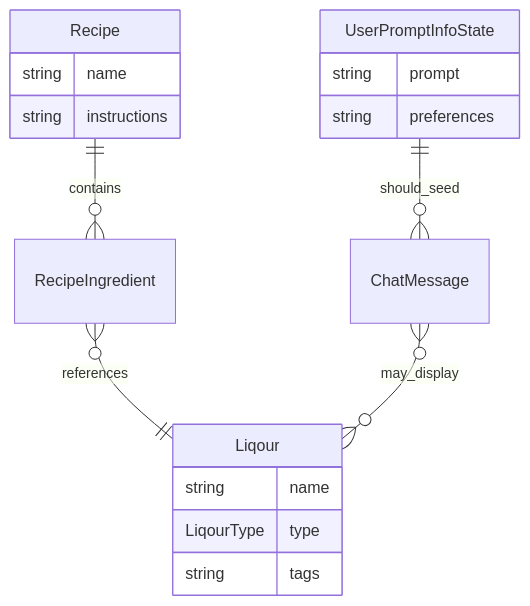
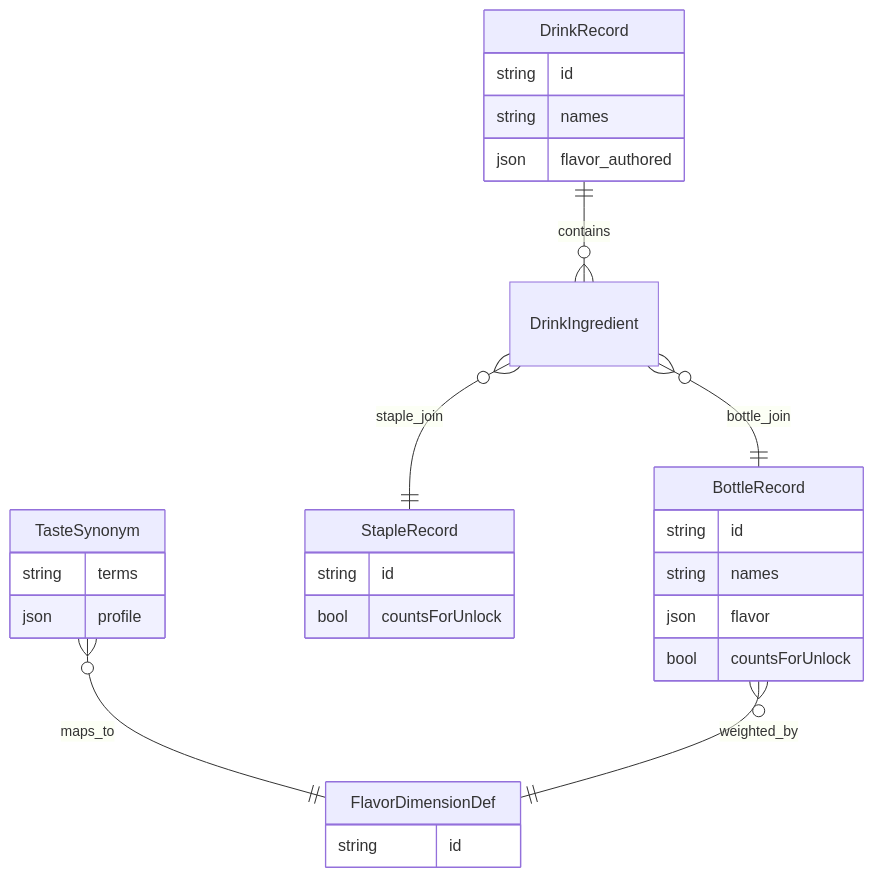
Before and after one commit to jmarlett93/Classic-Cocktail-Cabinet: the third of 4 diagrams in ARCHITECTURE.md, drawn with Mermaid. The commit also changed other lines of this file and 18 other files, not shown here.

````diff
--- a/ARCHITECTURE.md
+++ b/ARCHITECTURE.md
@@ -142,20 +165,30 @@
 ```mermaid
 erDiagram
-  Recipe ||--o{ RecipeIngredient : contains
-  RecipeIngredient }o--|| Liqour : references
-  ChatMessage }o--o{ Liqour : may_display
-  UserPromptInfoState ||--o{ ChatMessage : should_seed
-  Liqour {
-    string name
-    LiqourType type
-    string tags
+  DrinkRecord ||--o{ DrinkIngredient : contains
+  DrinkIngredient }o--|| BottleRecord : bottle_join
+  DrinkIngredient }o--|| StapleRecord : staple_join
+  BottleRecord {
+    string id
+    string names
+    json flavor
+    bool countsForUnlock
   }
-  Recipe {
-    string name
-    string instructions
+  DrinkRecord {
+    string id
+    string names
+    json flavor_authored
   }
-  UserPromptInfoState {
-    string prompt
-    string preferences
+  StapleRecord {
+    string id
+    bool countsForUnlock
   }
+  TasteSynonym {
+    string terms
+    json profile
+  }
+  FlavorDimensionDef {
+    string id
+  }
+  TasteSynonym }o--|| FlavorDimensionDef : maps_to
+  BottleRecord }o--|| FlavorDimensionDef : weighted_by
 ```
````
